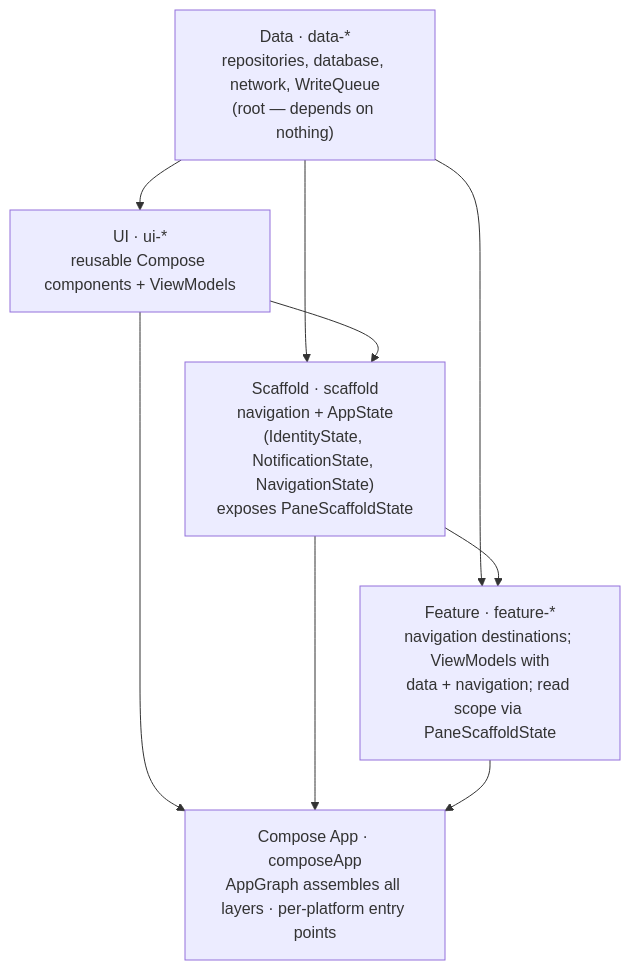
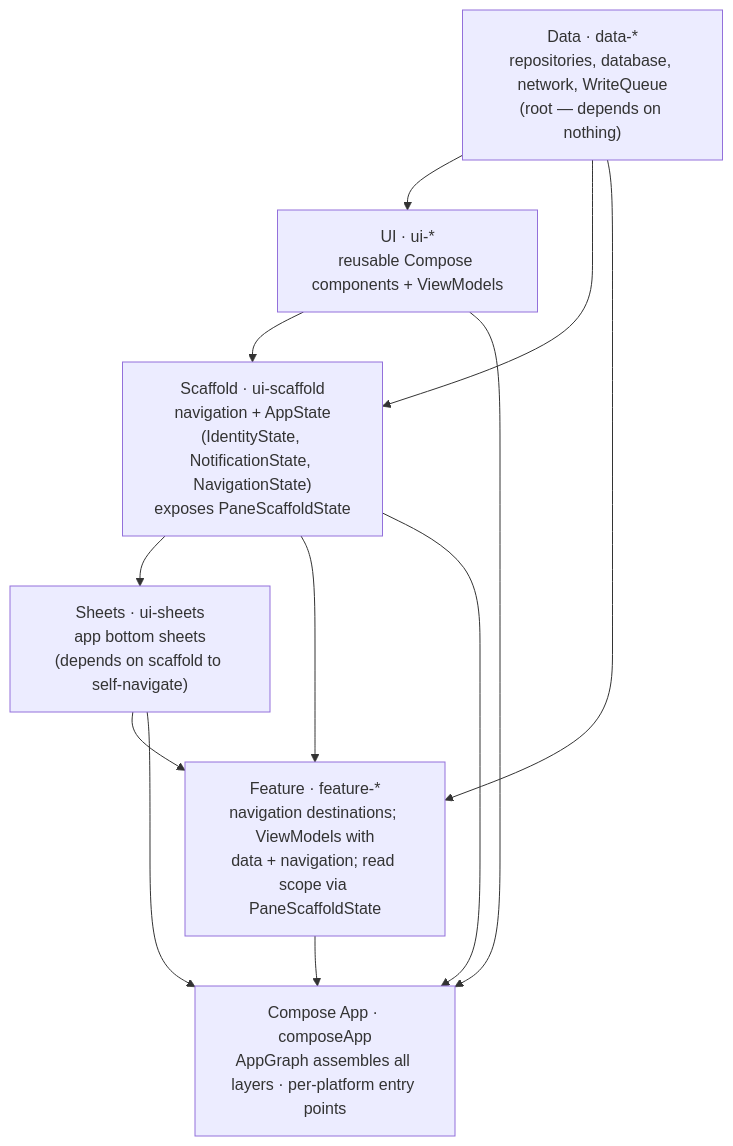
Before and after one commit to tunjid/heron: the diagram in README.md, drawn with Mermaid. The commit also changed other lines of this file and 348 other files, not shown here.

````diff
--- a/README.md
+++ b/README.md
@@ -104,17 +110,21 @@
 ```mermaid
 graph TD
     Data["Data · data-*<br/>repositories, database, network, WriteQueue<br/>(root — depends on nothing)"]
     UI["UI · ui-*<br/>reusable Compose components + ViewModels"]
-    Scaffold["Scaffold · scaffold<br/>navigation + AppState<br/>(IdentityState, NotificationState, NavigationState)<br/>exposes PaneScaffoldState"]
+    Scaffold["Scaffold · ui-scaffold<br/>navigation + AppState<br/>(IdentityState, NotificationState, NavigationState)<br/>exposes PaneScaffoldState"]
+    Sheets["Sheets · ui-sheets<br/>app bottom sheets<br/>(depends on scaffold to self-navigate)"]
     Feature["Feature · feature-*<br/>navigation destinations; ViewModels with<br/>data + navigation; read scope via PaneScaffoldState"]
     App["Compose App · composeApp<br/>AppGraph assembles all layers · per-platform entry points"]
 
     Data --> UI
     Data --> Scaffold
     Data --> Feature
     UI --> Scaffold
+    Scaffold --> Sheets
     Scaffold --> Feature
+    Sheets --> Feature
     UI --> App
     Scaffold --> App
+    Sheets --> App
     Feature --> App
 ```
````
